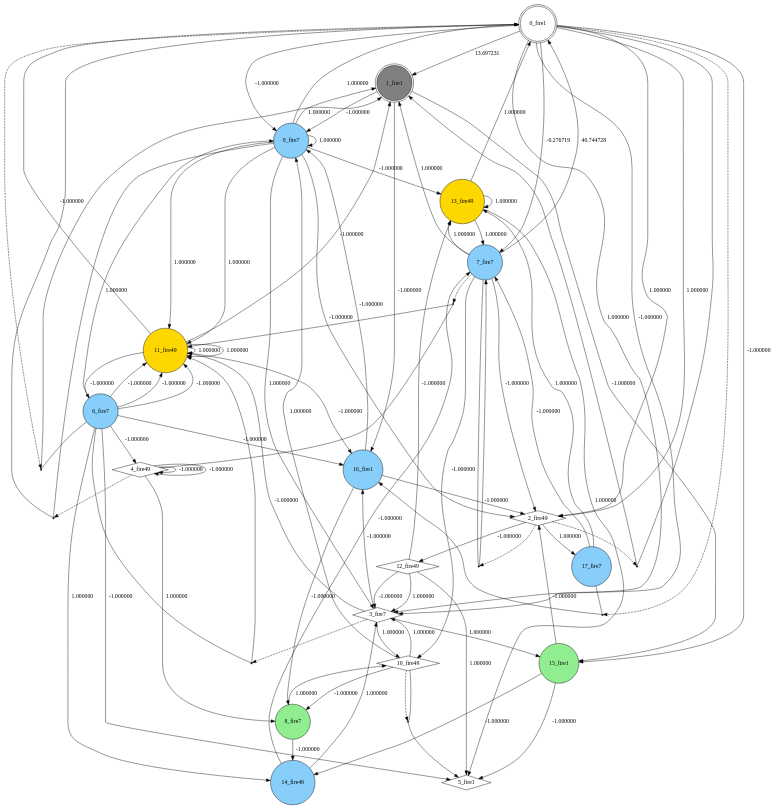
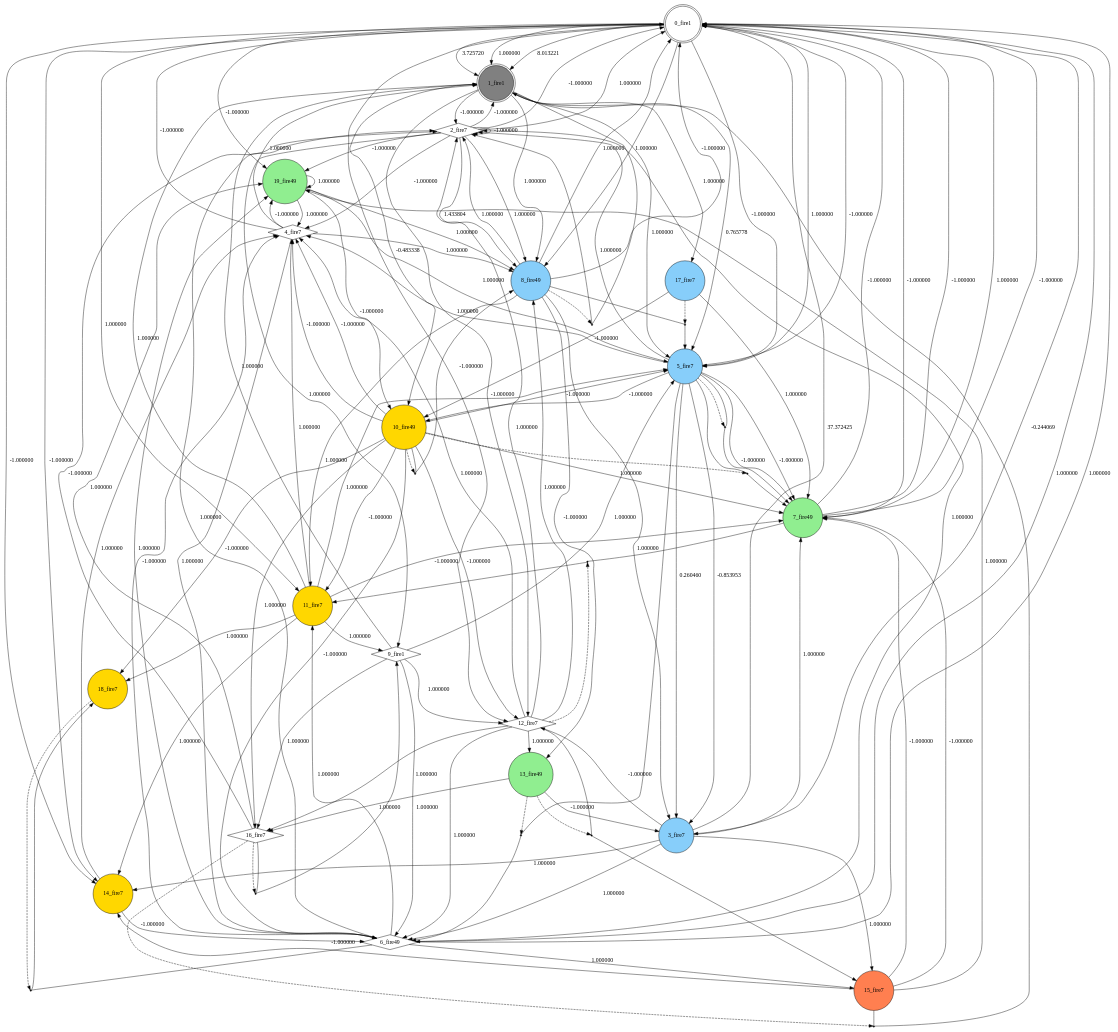
The diagram in best_individual.dot (yi1306c12/suna_c), drawn with Graphviz before and after one commit. The commit also changed 8 other files, not shown here.

```diff
--- a/best_individual.dot
+++ b/best_individual.dot
@@ -1,123 +1,177 @@
 digraph G {
  node[shape = circle]
 0 [label="0_fire1",shape=doublecircle]
 1 [label="1_fire1",shape=doublecircle, style=filled, fillcolor=gray]
-2 [label="2_fire49",shape=diamond]
-3 [label="3_fire7",shape=diamond]
-4 [label="4_fire49",shape=diamond]
-5 [label="5_fire1",shape=diamond]
-6 [label="6_fire7",style=filled, fillcolor=lightskyblue]
-7 [label="7_fire7",style=filled, fillcolor=lightskyblue]
-8 [label="8_fire7",style=filled, fillcolor=lightgreen]
-9 [label="9_fire7",style=filled, fillcolor=lightskyblue]
-10 [label="10_fire49",shape=diamond]
-11 [label="11_fire49",style=filled, fillcolor=gold]
-12 [label="12_fire49",shape=diamond]
-13 [label="13_fire49",style=filled, fillcolor=gold]
-14 [label="14_fire49",style=filled, fillcolor=lightskyblue]
-15 [label="15_fire1",style=filled, fillcolor=lightgreen]
-16 [label="16_fire1",style=filled, fillcolor=lightskyblue]
+2 [label="2_fire7",shape=diamond]
+3 [label="3_fire7",style=filled, fillcolor=lightskyblue]
+4 [label="4_fire7",shape=diamond]
+5 [label="5_fire7",style=filled, fillcolor=lightskyblue]
+6 [label="6_fire49",shape=diamond]
+7 [label="7_fire49",style=filled, fillcolor=lightgreen]
+8 [label="8_fire49",style=filled, fillcolor=lightskyblue]
+9 [label="9_fire1",shape=diamond]
+10 [label="10_fire49",style=filled, fillcolor=gold]
+11 [label="11_fire7",style=filled, fillcolor=gold]
+12 [label="12_fire7",shape=diamond]
+13 [label="13_fire49",style=filled, fillcolor=lightgreen]
+14 [label="14_fire7",style=filled, fillcolor=gold]
+15 [label="15_fire7",style=filled, fillcolor=coral]
+16 [label="16_fire7",shape=diamond]
 17 [label="17_fire7",style=filled, fillcolor=lightskyblue]
-0 -> 1 [label="13.697231"]
-3 -> 10 [label="1.000000"]
-0 -> 7 [label="-0.276719"]
-11 -> 11 [label="1.000000"]
-19 [shape=point, label=""]
-3 -> 19 [style=dashed] 
-6 -> 19 [dir=none]
-19 -> 11 
-20 [shape=point, label=""]
-2 -> 20 [style=dashed] 
-0 -> 20 [dir=none]
-20 -> 1 
-13 -> 13 [label="1.000000"]
-9 -> 13 [label="-1.000000"]
-12 -> 3 [label="1.000000"]
-21 [shape=point, label=""]
-4 -> 21 [style=dashed] 
-9 -> 21 [dir=none]
-21 -> 0 
-22 [shape=point, label=""]
-10 -> 22 [style=dashed] 
-10 -> 22 [dir=none]
-22 -> 5 
-8 -> 14 [label="-1.000000"]
-7 -> 0 [label="40.744728"]
-23 [shape=point, label=""]
-0 -> 23 [style=dashed] 
-6 -> 23 [dir=none]
-23 -> 1 
-0 -> 15 [label="-1.000000"]
-10 -> 9 [label="1.000000"]
-7 -> 10 [label="-1.000000"]
-0 -> 9 [label="-1.000000"]
-0 -> 2 [label="1.000000"]
-6 -> 11 [label="-1.000000"]
-9 -> 0 [label="1.000000"]
-9 -> 11 [label="1.000000"]
-3 -> 11 [label="-1.000000"]
-3 -> 16 [label="-1.000000"]
+18 [label="18_fire7",style=filled, fillcolor=gold]
+19 [label="19_fire49",style=filled, fillcolor=lightgreen]
+0 -> 1 [label="8.013221"]
+2 -> 8 [label="1.433804"]
+19 -> 10 [label="-1.000000"]
+2 -> 19 [label="-1.000000"]
+3 -> 0 [label="37.372425"]
+5 -> 3 [label="-0.853953"]
+12 -> 4 [label="1.000000"]
+1 -> 2 [label="-1.000000"]
+16 -> 2 [label="-1.000000"]
+3 -> 6 [label="1.000000"]
+0 -> 1 [label="3.725720"]
+9 -> 1 [label="1.000000"]
 24 [shape=point, label=""]
-2 -> 24 [style=dashed] 
-7 -> 24 [dir=none]
-24 -> 7 
-12 -> 13 [label="-1.000000"]
-9 -> 11 [label="1.000000"]
-11 -> 6 [label="-1.000000"]
-1 -> 15 [label="-1.000000"]
-10 -> 3 [label="1.000000"]
+13 -> 24 [style=dashed] 
+5 -> 24 [dir=none]
+24 -> 6 
+8 -> 2 [label="1.000000"]
+4 -> 19 [label="-1.000000"]
+15 -> 7 [label="-1.000000"]
+10 -> 16 [label="1.000000"]
+7 -> 0 [label="-1.000000"]
+6 -> 19 [label="1.000000"]
+12 -> 8 [label="1.000000"]
 25 [shape=point, label=""]
-7 -> 25 [style=dashed] 
-4 -> 25 [dir=none]
-25 -> 11 
-9 -> 3 [label="1.000000"]
-12 -> 3 [label="-1.000000"]
-9 -> 1 [label="1.000000"]
-6 -> 5 [label="-1.000000"]
-11 -> 0 [label="-1.000000"]
-6 -> 9 [label="1.000000"]
-16 -> 8 [label="-1.000000"]
-11 -> 1 [label="-1.000000"]
-6 -> 11 [label="-1.000000"]
-7 -> 1 [label="1.000000"]
-9 -> 9 [label="1.000000"]
-13 -> 0 [label="1.000000"]
+10 -> 25 [style=dashed] 
+5 -> 25 [dir=none]
+25 -> 7 
+7 -> 0 [label="-1.000000"]
 3 -> 15 [label="1.000000"]
-6 -> 14 [label="1.000000"]
-0 -> 3 [label="-1.000000"]
-0 -> 3 [label="1.000000"]
-10 -> 8 [label="-1.000000"]
-14 -> 7 [label="-1.000000"]
-6 -> 11 [label="-1.000000"]
+13 -> 16 [label="1.000000"]
+10 -> 7 [label="1.000000"]
+1 -> 12 [label="-1.000000"]
+2 -> 2 [label="-1.000000"]
+5 -> 3 [label="0.260460"]
+19 -> 8 [label="1.000000"]
+0 -> 1 [label="1.000000"]
+7 -> 0 [label="-1.000000"]
+1 -> 8 [label="1.000000"]
+8 -> 13 [label="-1.000000"]
+3 -> 14 [label="1.000000"]
+0 -> 14 [label="-1.000000"]
+26 [shape=point, label=""]
+16 -> 26 [style=dashed] 
+16 -> 26 [dir=none]
+26 -> 9 
+6 -> 11 [label="1.000000"]
+8 -> 3 [label="1.000000"]
+9 -> 5 [label="1.000000"]
+3 -> 12 [label="-1.000000"]
+6 -> 2 [label="1.000000"]
+27 [shape=point, label=""]
+16 -> 27 [style=dashed] 
+15 -> 27 [dir=none]
+27 -> 1 
+10 -> 11 [label="-1.000000"]
+0 -> 12 [label="-1.000000"]
+11 -> 7 [label="-1.000000"]
+1 -> 5 [label="0.765778"]
+15 -> 19 [label="1.000000"]
+0 -> 3 [label="-0.244069"]
+6 -> 15 [label="1.000000"]
+10 -> 12 [label="-1.000000"]
+10 -> 4 [label="-1.000000"]
+1 -> 10 [label="-0.483338"]
+28 [shape=point, label=""]
+12 -> 28 [style=dashed] 
+7 -> 28 [dir=none]
+28 -> 11 
+12 -> 16 [label="1.000000"]
+17 -> 7 [label="1.000000"]
+5 -> 7 [label="-1.000000"]
+0 -> 19 [label="-1.000000"]
+12 -> 13 [label="1.000000"]
+8 -> 0 [label="-1.000000"]
+29 [shape=point, label=""]
+17 -> 29 [style=dashed] 
+8 -> 29 [dir=none]
+29 -> 5 
+2 -> 8 [label="1.000000"]
+30 [shape=point, label=""]
+5 -> 30 [style=dashed] 
+5 -> 30 [dir=none]
+30 -> 7 
+7 -> 0 [label="-1.000000"]
+10 -> 6 [label="-1.000000"]
+2 -> 1 [label="-1.000000"]
+2 -> 4 [label="-1.000000"]
+0 -> 7 [label="1.000000"]
+0 -> 11 [label="1.000000"]
+11 -> 1 [label="1.000000"]
+0 -> 8 [label="1.000000"]
+11 -> 14 [label="1.000000"]
+19 -> 4 [label="1.000000"]
+0 -> 5 [label="-1.000000"]
+13 -> 3 [label="-1.000000"]
+2 -> 0 [label="1.000000"]
+4 -> 8 [label="1.000000"]
+14 -> 4 [label="1.000000"]
+9 -> 6 [label="1.000000"]
+14 -> 6 [label="-1.000000"]
 6 -> 4 [label="-1.000000"]
-13 -> 7 [label="1.000000"]
-14 -> 3 [label="1.000000"]
+31 [shape=point, label=""]
+13 -> 31 [style=dashed] 
+12 -> 31 [dir=none]
+31 -> 15 
+4 -> 0 [label="-1.000000"]
+6 -> 0 [label="1.000000"]
+9 -> 12 [label="1.000000"]
+0 -> 14 [label="-1.000000"]
+11 -> 9 [label="1.000000"]
+19 -> 19 [label="1.000000"]
+11 -> 5 [label="1.000000"]
+10 -> 18 [label="-1.000000"]
+16 -> 19 [label="1.000000"]
+4 -> 6 [label="1.000000"]
+0 -> 6 [label="1.000000"]
+4 -> 1 [label="1.000000"]
+1 -> 5 [label="1.000000"]
+3 -> 7 [label="1.000000"]
+5 -> 2 [label="1.000000"]
+2 -> 0 [label="-1.000000"]
+11 -> 4 [label="1.000000"]
+0 -> 5 [label="1.000000"]
+5 -> 0 [label="-1.000000"]
+32 [shape=point, label=""]
+10 -> 32 [style=dashed] 
+10 -> 32 [dir=none]
+32 -> 8 
+5 -> 10 [label="-1.000000"]
+17 -> 10 [label="-1.000000"]
+12 -> 6 [label="1.000000"]
+8 -> 0 [label="1.000000"]
+12 -> 2 [label="1.000000"]
+1 -> 17 [label="1.000000"]
+9 -> 16 [label="1.000000"]
+5 -> 7 [label="-1.000000"]
+8 -> 11 [label="1.000000"]
+11 -> 18 [label="1.000000"]
+6 -> 2 [label="1.000000"]
+10 -> 5 [label="-1.000000"]
+33 [shape=point, label=""]
+18 -> 33 [style=dashed] 
+6 -> 33 [dir=none]
+33 -> 18 
+10 -> 4 [label="-1.000000"]
+15 -> 7 [label="-1.000000"]
+19 -> 5 [label="1.000000"]
+5 -> 4 [label="1.000000"]
+2 -> 9 [label="1.000000"]
 15 -> 14 [label="-1.000000"]
-8 -> 10 [label="1.000000"]
-15 -> 2 [label="-1.000000"]
-1 -> 16 [label="-1.000000"]
-17 -> 13 [label="1.000000"]
-13 -> 5 [label="1.000000"]
-16 -> 9 [label="-1.000000"]
-7 -> 13 [label="1.000000"]
-4 -> 4 [label="-1.000000"]
-2 -> 17 [label="1.000000"]
-4 -> 4 [label="-1.000000"]
-0 -> 2 [label="1.000000"]
-2 -> 12 [label="-1.000000"]
-9 -> 2 [label="-1.000000"]
-1 -> 9 [label="-1.000000"]
-4 -> 8 [label="1.000000"]
-7 -> 2 [label="-1.000000"]
-11 -> 11 [label="1.000000"]
-26 [shape=point, label=""]
-0 -> 26 [style=dashed] 
-17 -> 26 [dir=none]
-26 -> 16 
-17 -> 7 [label="-1.000000"]
-15 -> 5 [label="-1.000000"]
-16 -> 2 [label="-1.000000"]
-6 -> 16 [label="-1.000000"]
-11 -> 16 [label="-1.000000"]
-12 -> 5 [label="1.000000"]
+34 [shape=point, label=""]
+8 -> 34 [style=dashed] 
+1 -> 34 [dir=none]
+34 -> 2 
 }
```
